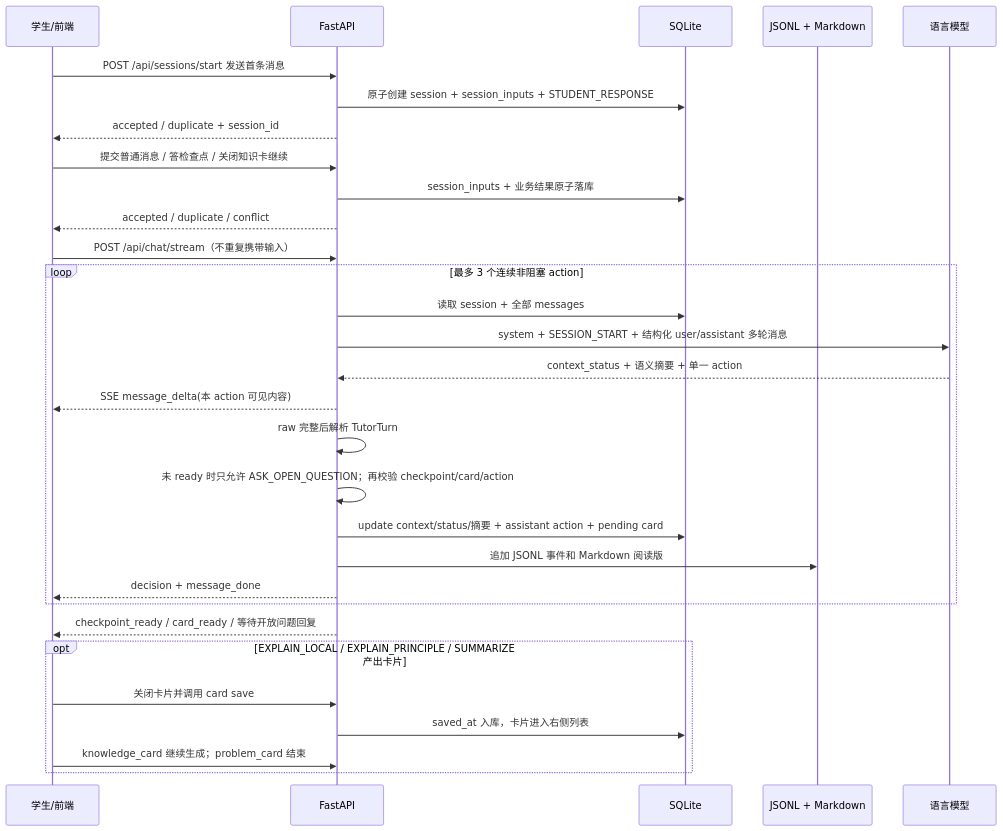
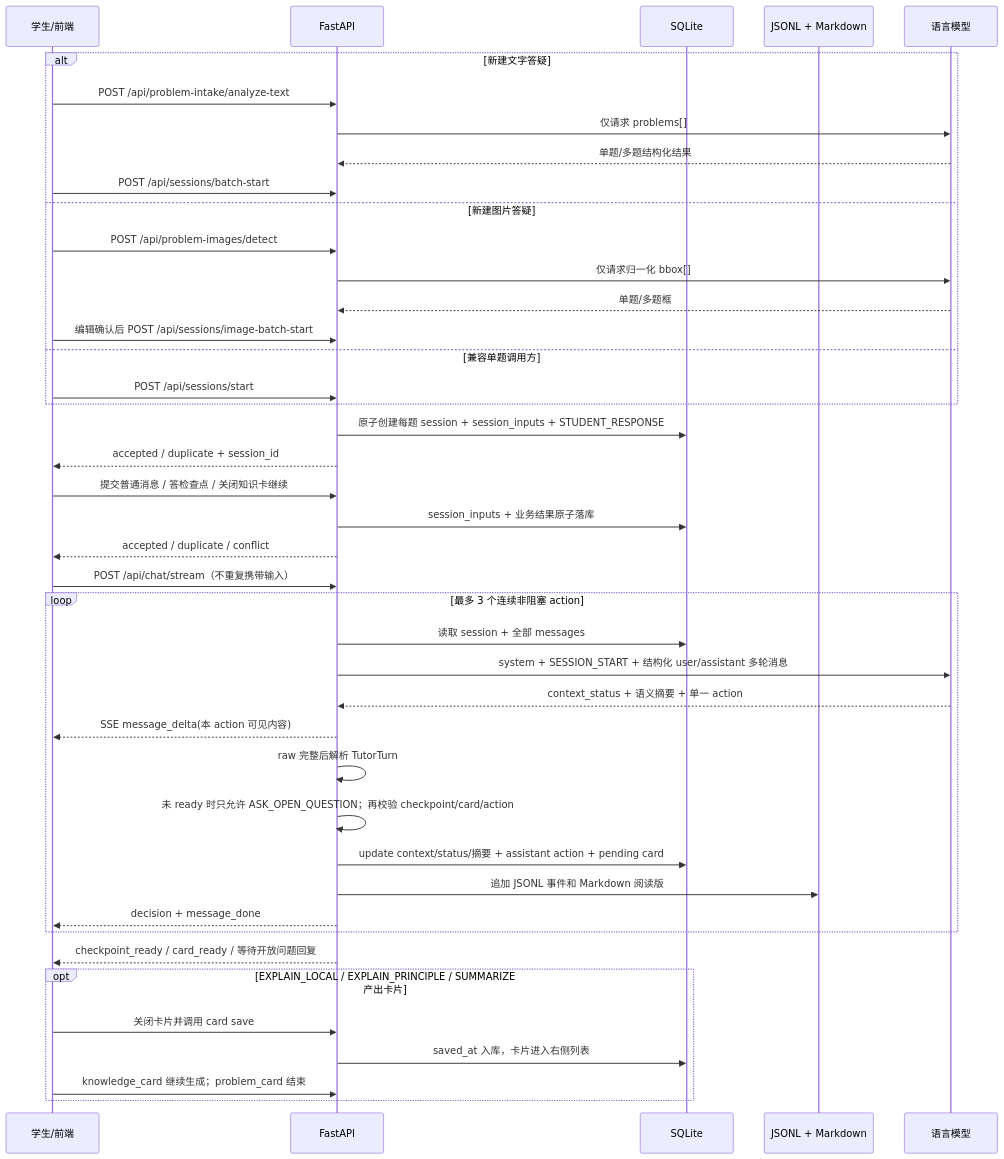
Before and after one commit to robbinpanda/Diagnostic-teaching: the diagram in docs/state-machine.md, drawn with Mermaid. The commit also changed other lines of this file and 22 other files, not shown here.

Commit message:
feat: split multi-problem inputs into sessions

````diff
--- a/docs/state-machine.md
+++ b/docs/state-machine.md
@@ -20,33 +20,45 @@
 ```mermaid
 sequenceDiagram
   participant Student as 学生/前端
   participant API as FastAPI
   participant DB as SQLite
   participant Log as JSONL + Markdown
   participant LLM as 语言模型
 
-  Student->>API: POST /api/sessions/start 发送首条消息
-  API->>DB: 原子创建 session + session_inputs + STUDENT_RESPONSE
+  alt 新建文字答疑
+    Student->>API: POST /api/problem-intake/analyze-text
+    API->>LLM: 仅请求 problems[]
+    LLM-->>API: 单题/多题结构化结果
+    Student->>API: POST /api/sessions/batch-start
+  else 新建图片答疑
+    Student->>API: POST /api/problem-images/detect
+    API->>LLM: 仅请求归一化 bbox[]
+    LLM-->>API: 单题/多题框
+    Student->>API: 编辑确认后 POST /api/sessions/image-batch-start
+  else 兼容单题调用方
+    Student->>API: POST /api/sessions/start
+  end
+  API->>DB: 原子创建每题 session + session_inputs + STUDENT_RESPONSE
   API-->>Student: accepted / duplicate + session_id
   Student->>API: 提交普通消息 / 答检查点 / 关闭知识卡继续
   API->>DB: session_inputs + 业务结果原子落库
   API-->>Student: accepted / duplicate / conflict
   Student->>API: POST /api/chat/stream（不重复携带输入）
   loop 最多 3 个连续非阻塞 action
     API->>DB: 读取 session + 全部 messages
     API->>LLM: system + SESSION_START + 结构化 user/assistant 多轮消息
     LLM-->>API: context_status + 语义摘要 + 单一 action
     API-->>Student: SSE message_delta(本 action 可见内容)
     API->>API: raw 完整后解析 TutorTurn
     API->>API: 未 ready 时只允许 ASK_OPEN_QUESTION；再校验 checkpoint/card/action
     API->>DB: update context/status/摘要 + assistant action + pending card
     API->>Log: 追加 JSONL 事件和 Markdown 阅读版
     API-->>Student: decision + message_done
   end
   API-->>Student: checkpoint_ready / card_ready / 等待开放问题回复
   opt EXPLAIN_LOCAL / EXPLAIN_PRINCIPLE / SUMMARIZE 产出卡片
     Student->>API: 关闭卡片并调用 card save
     API->>DB: saved_at 入库，卡片进入右侧列表
     Student->>API: knowledge_card 继续生成；problem_card 结束
   end
 ```
````
